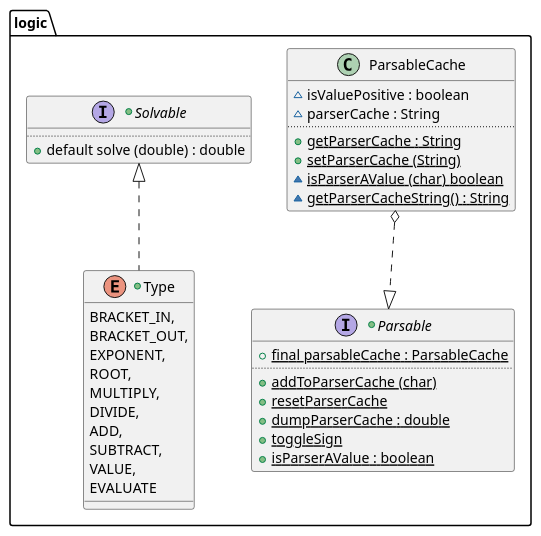
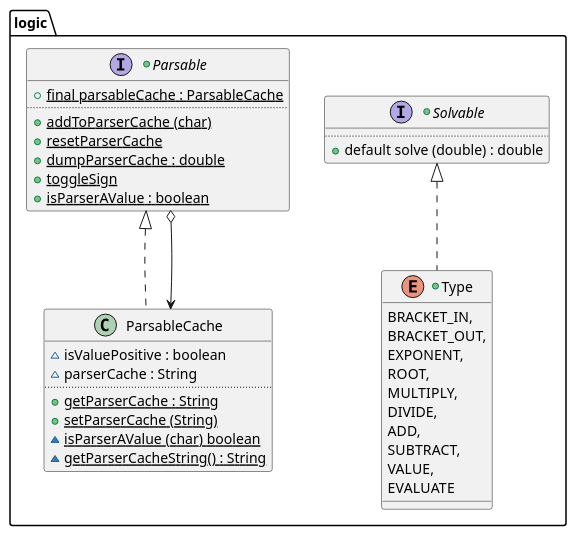
Before and after one commit to vitalispopoff/calculator: the diagram in src/docs/UML/logic/logic.puml, drawn with PlantUML. The commit also changed 8 other files, not shown here.

```diff
--- a/src/docs/UML/logic/logic.puml
+++ b/src/docs/UML/logic/logic.puml
@@ -1,46 +1,47 @@
 @startuml
 
 package logic {
 
     +interface Solvable {
         ..
             +{method} default solve (double) : double
     }
 
     +interface Parsable {
             +{field}{static}final parsableCache : ParsableCache
         ..
             +{method} {static} addToParserCache (char)
             +{method} {static} resetParserCache
             +{method} {static} dumpParserCache : double
             +{method} {static} toggleSign
             +{method} {static} isParserAValue : boolean
     }
 
     +enum Type implements Solvable{
             BRACKET_IN,
             BRACKET_OUT,
             EXPONENT,
             ROOT,
             MULTIPLY,
             DIVIDE,
             ADD,
             SUBTRACT,
             VALUE,
             EVALUATE
     }
 
     class ParsableCache {
             ~{field} isValuePositive : boolean
             ~{field} parserCache : String
         ..
             +{method} {static} getParserCache : String
             +{method} {static} setParserCache (String)
             ~{method} {static} isParserAValue (char) boolean
             ~{method} {static} getParserCacheString() : String
     }
 
-    Parsable <|-up.o ParsableCache
+    Parsable <|-down. ParsableCache
+    Parsable o-down-> ParsableCache
 }
 
 @enduml
```
